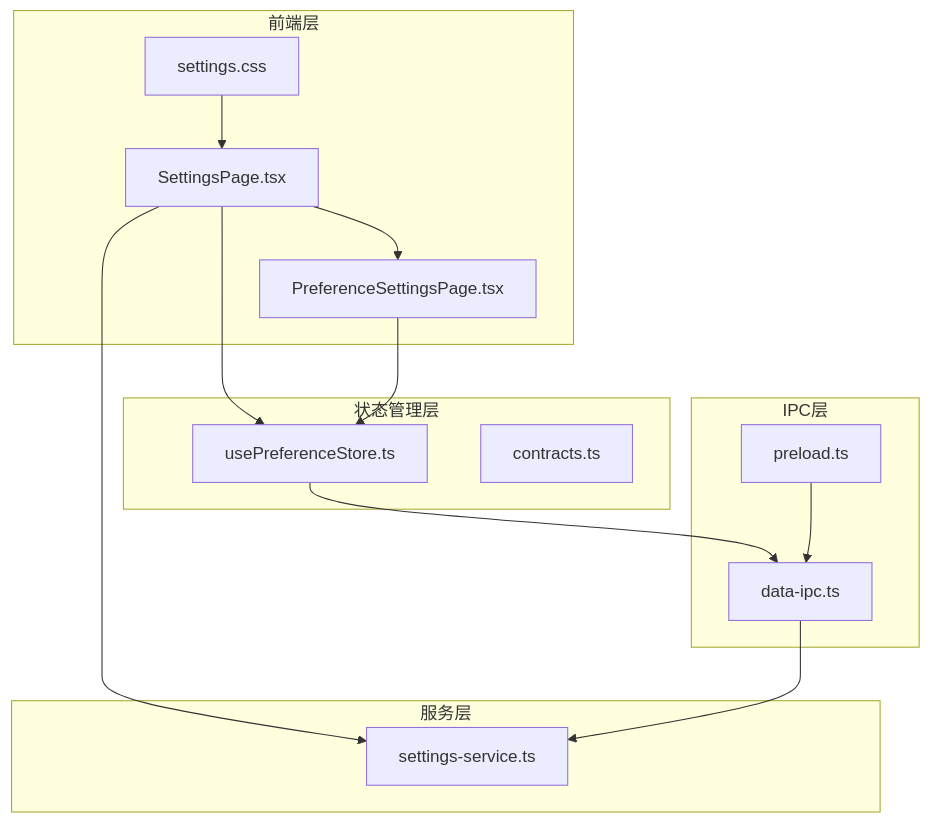
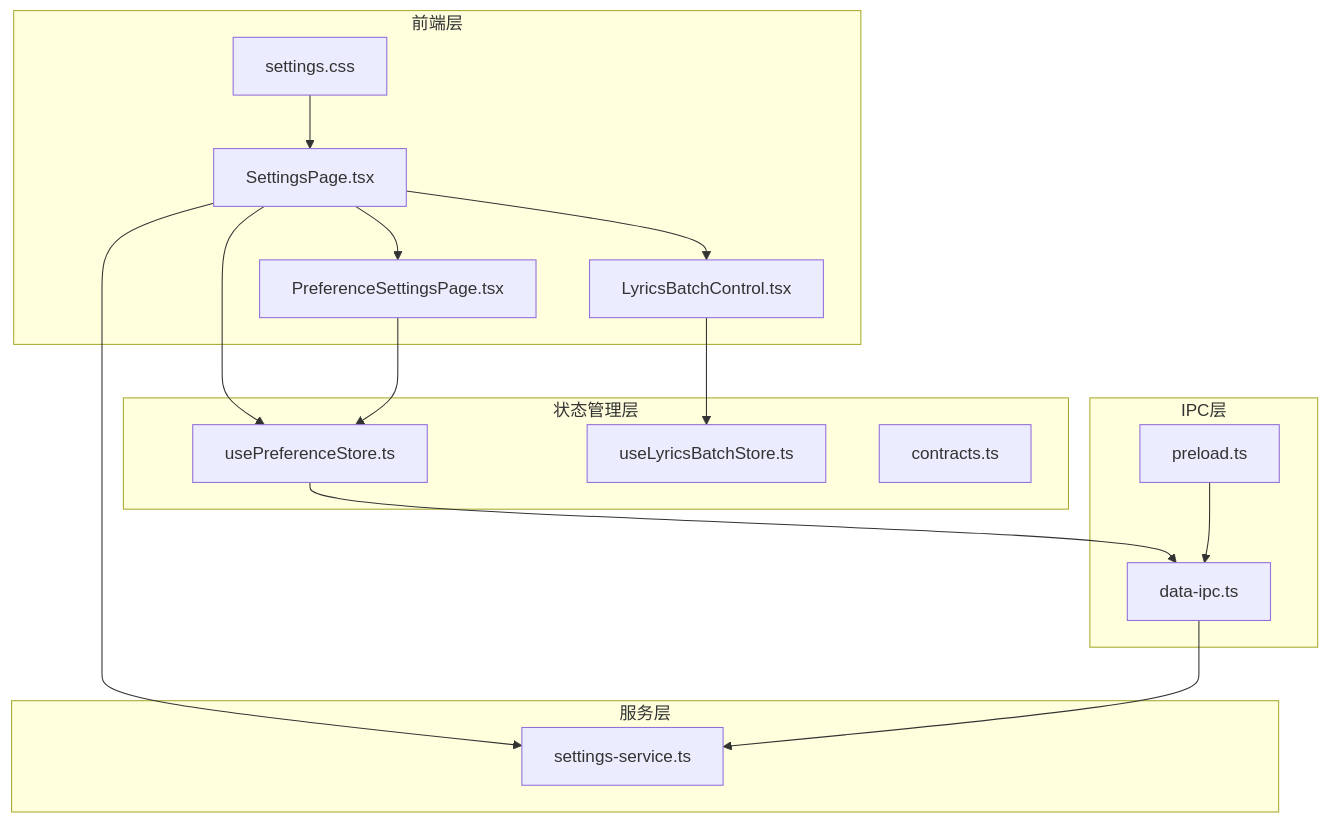
The first of 13 diagrams in .qoder/repowiki/zh/content/用户界面/页面设计/专用页面组件/设置页面.md (SeakyLuo/SMPlayerElectron), drawn with Mermaid before and after one commit. The commit also changed other lines of this file and 13 other files, not shown here.

````diff
--- a/.qoder/repowiki/zh/content/用户界面/页面设计/专用页面组件/设置页面.md
+++ b/.qoder/repowiki/zh/content/用户界面/页面设计/专用页面组件/设置页面.md
@@ -38,27 +49,31 @@
 ```mermaid
 graph TB
 subgraph "前端层"
 SP[SettingsPage.tsx]
 PSP[PreferenceSettingsPage.tsx]
+LBC[LyricsBatchControl.tsx]
 CSS[settings.css]
 end
 subgraph "状态管理层"
 UPS[usePreferenceStore.ts]
+ULBS[useLyricsBatchStore.ts]
 CS[contracts.ts]
 end
 subgraph "服务层"
 SS[settings-service.ts]
 end
 subgraph "IPC层"
 PRE[preload.ts]
 DIP[data-ipc.ts]
 end
 SP --> PSP
+SP --> LBC
 SP --> UPS
 SP --> SS
+LBC --> ULBS
 PSP --> UPS
 UPS --> DIP
 DIP --> SS
 PRE --> DIP
 CSS --> SP
 ```
````
